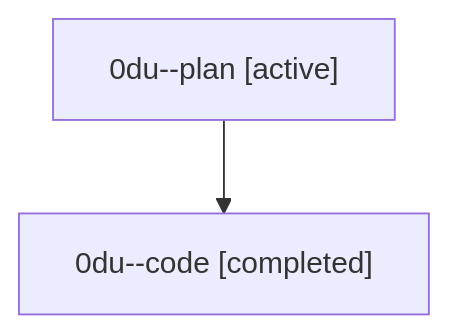
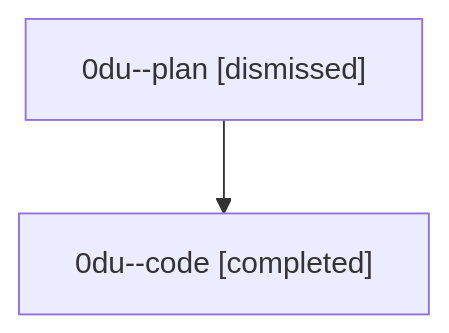
Before and after one commit to bobs-org/bob-cli--agents: the diagram in sessions/bbugyi200.athena.0du.md, drawn with Mermaid. The commit also changed other lines of this file and 18 other files, not shown here.

````diff
--- a/sessions/bbugyi200.athena.0du.md
+++ b/sessions/bbugyi200.athena.0du.md
@@ -9,6 +9,6 @@
 ```mermaid
 flowchart TD
-  n0["0du--plan [active]"]
+  n0["0du--plan [dismissed]"]
   n1["0du--code [completed]"]
   n0 --> n1
 ```
````
